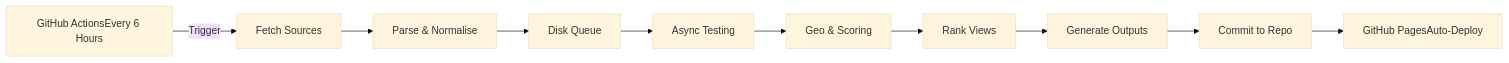
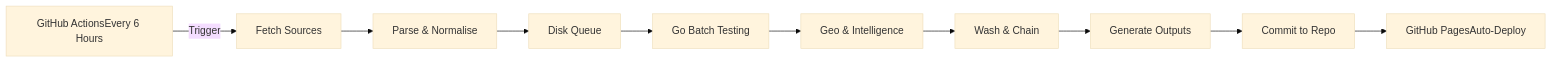
One commit to AmirrezaFarnamTaheri/ConfigStream changed the diagram in README.md. Above: the diagram before and after it, drawn with Mermaid (base theme). The commit also changed other lines of this file and 40 other files, not shown here.

First line of the commit message:
Fix Critical Stability Issues & Architecture Overhaul (v1.3.2)

````diff
--- a/README.md
+++ b/README.md
@@ -73,12 +73,12 @@
 ```mermaid
 graph LR
 A[GitHub ActionsEvery 6 Hours] -->|Trigger| B[Fetch Sources]
 B --> C[Parse & Normalise]
 C --> D[Disk Queue]
-D --> E[Async Testing]
-E --> F[Geo & Scoring]
-F --> G[Rank Views]
+D --> E[Go Batch Testing]
+E --> F[Geo & Intelligence]
+F --> G[Wash & Chain]
 G --> H[Generate Outputs]
 H --> I[Commit to Repo]
 I --> J[GitHub PagesAuto-Deploy]
 ```
````
